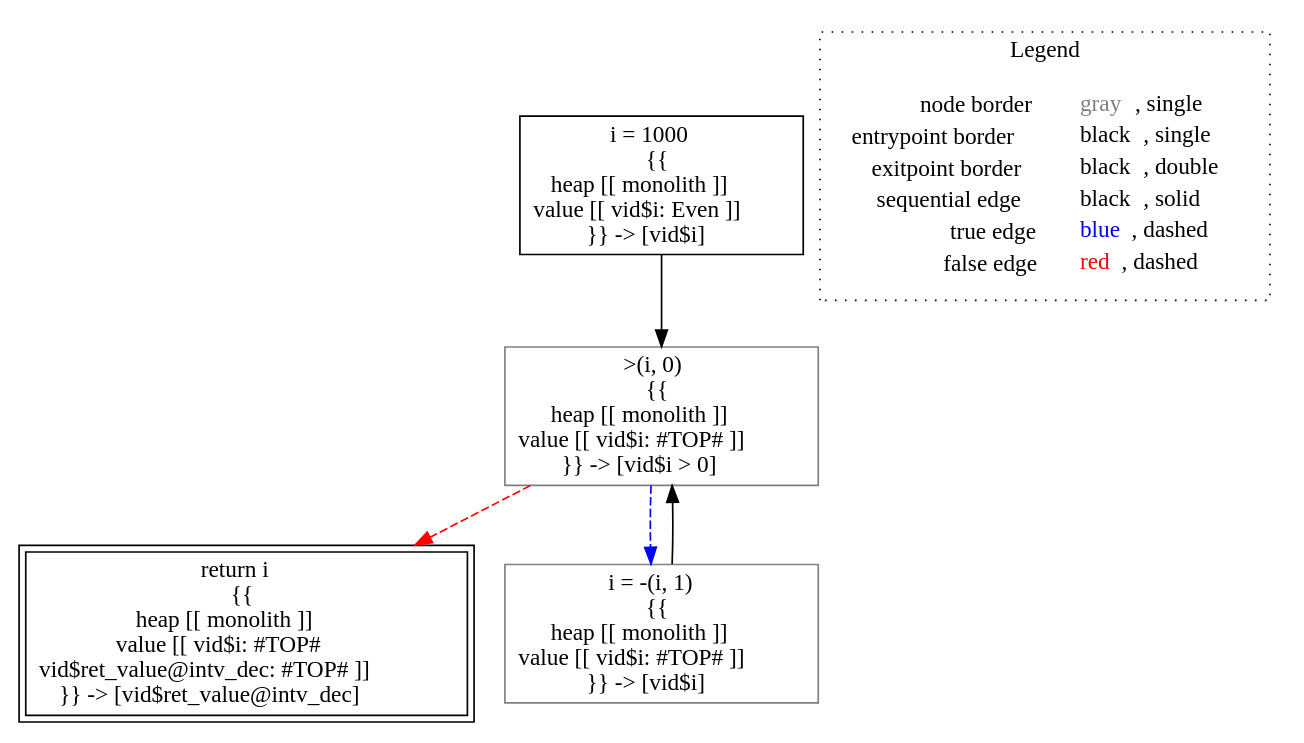
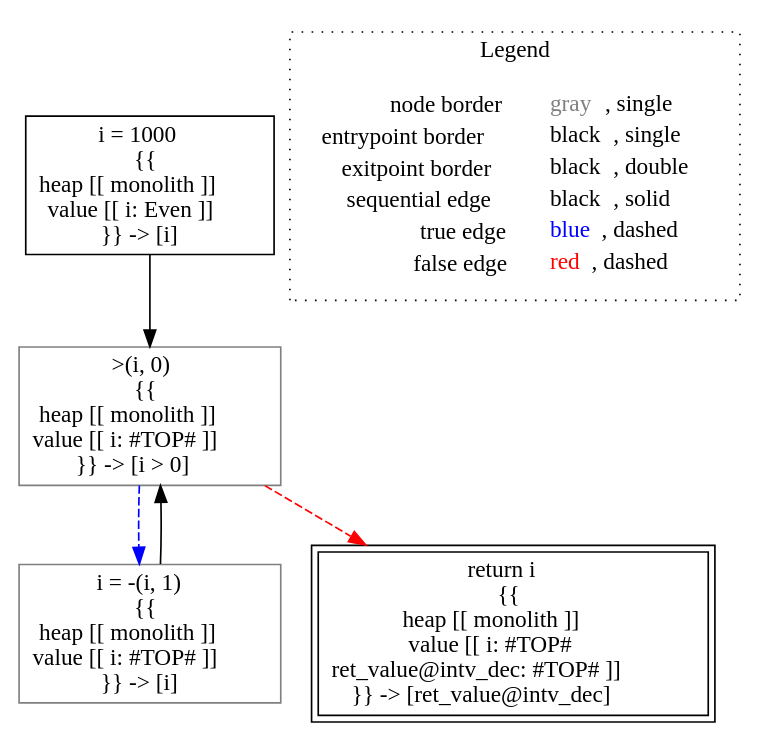
One commit to lisa-analyzer/lisa changed the diagram in lisa/imp-testcases/parity/analysis___untyped_tutorial.intv_dec(tutorial_this).dot. Above: the diagram before and after it, drawn with Graphviz. The commit also changed 65 other files, not shown here.

```diff
--- a/lisa/imp-testcases/parity/analysis___untyped_tutorial.intv_dec(tutorial_this).dot
+++ b/lisa/imp-testcases/parity/analysis___untyped_tutorial.intv_dec(tutorial_this).dot
@@ -1,17 +1,17 @@
 digraph {
-	"node0" [shape="rect",color="black",label=<i = 1000<BR/>{{<BR/>heap [[ monolith ]]<BR/>value [[ vid$i: Even ]]<BR/>}} -&gt; [vid$i]>];
-	"node1" [shape="rect",color="gray",label=<&gt;(i, 0)<BR/>{{<BR/>heap [[ monolith ]]<BR/>value [[ vid$i: #TOP# ]]<BR/>}} -&gt; [vid$i &gt; 0]>];
-	"node2" [shape="rect",color="black",peripheries="2",label=<return i<BR/>{{<BR/>heap [[ monolith ]]<BR/>value [[ vid$i: #TOP#<BR/>vid$ret_value@intv_dec: #TOP# ]]<BR/>}} -&gt; [vid$ret_value@intv_dec]>];
-	"node3" [shape="rect",color="gray",label=<i = -(i, 1)<BR/>{{<BR/>heap [[ monolith ]]<BR/>value [[ vid$i: #TOP# ]]<BR/>}} -&gt; [vid$i]>];
-	"node1" -> "node2" [color="red",style="dashed"];
-	"node1" -> "node3" [color="blue",style="dashed"];
-	"node0" -> "node1" [color="black"];
-	"node3" -> "node1" [color="black"];
+	"node0" [shape="rect",color="black",label=<i = 1000<BR/>{{<BR/>heap [[ monolith ]]<BR/>value [[ i: Even ]]<BR/>}} -&gt; [i]>];
+	"node1" [shape="rect",color="gray",label=<i = -(i, 1)<BR/>{{<BR/>heap [[ monolith ]]<BR/>value [[ i: #TOP# ]]<BR/>}} -&gt; [i]>];
+	"node2" [shape="rect",color="black",peripheries="2",label=<return i<BR/>{{<BR/>heap [[ monolith ]]<BR/>value [[ i: #TOP#<BR/>ret_value@intv_dec: #TOP# ]]<BR/>}} -&gt; [ret_value@intv_dec]>];
+	"node3" [shape="rect",color="gray",label=<&gt;(i, 0)<BR/>{{<BR/>heap [[ monolith ]]<BR/>value [[ i: #TOP# ]]<BR/>}} -&gt; [i &gt; 0]>];
+	"node0" -> "node3" [color="black"];
+	"node1" -> "node3" [color="black"];
+	"node3" -> "node1" [color="blue",style="dashed"];
+	"node3" -> "node2" [color="red",style="dashed"];
 subgraph cluster_legend {
 	label="Legend";
 	style=dotted;
 	node [shape=plaintext];
 	"legend" [label=<<table border="0" cellpadding="2" cellspacing="0" cellborder="0"><tr><td align="right">node border&nbsp;</td><td align="left"><font color="gray">gray</font>, single</td></tr><tr><td align="right">entrypoint border&nbsp;</td><td align="left"><font color="black">black</font>, single</td></tr><tr><td align="right">exitpoint border&nbsp;</td><td align="left"><font color="black">black</font>, double</td></tr><tr><td align="right">sequential edge&nbsp;</td><td align="left"><font color="black">black</font>, solid</td></tr><tr><td align="right">true edge&nbsp;</td><td align="left"><font color="blue">blue</font>, dashed</td></tr><tr><td align="right">false edge&nbsp;</td><td align="left"><font color="red">red</font>, dashed</td></tr></table>>];
 }
 
 }
```
